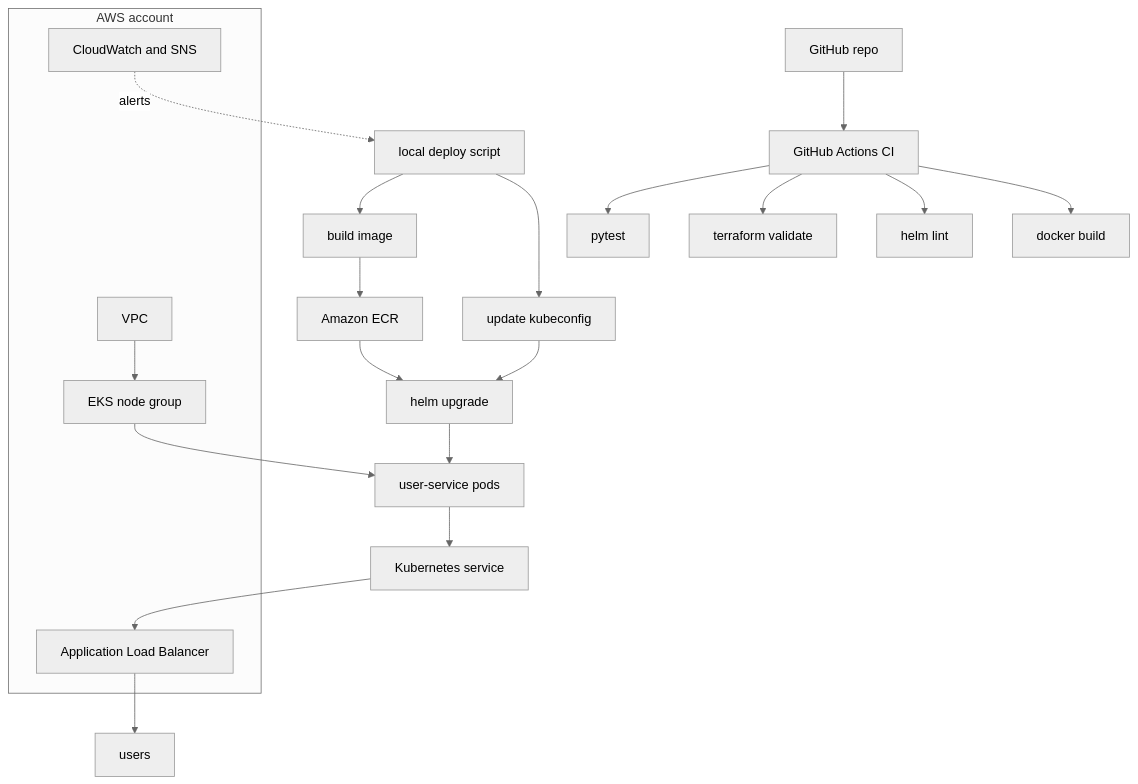
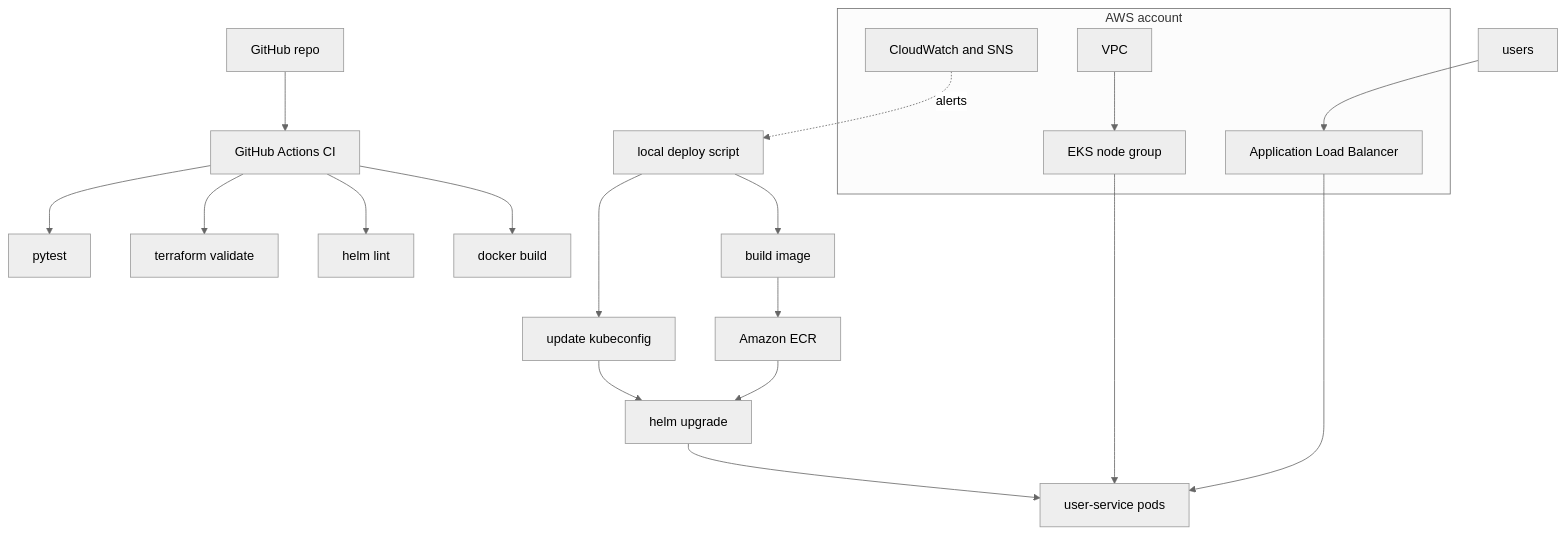
Before and after one commit to sashank1064/sashank1064: the second of 2 diagrams in README.md, drawn with Mermaid (neutral theme).

Commit message:
Fix CI/CD diagram: correct ALB traffic direction, remove incorrect Pods to Service to ALB path

````diff
--- a/README.md
+++ b/README.md
@@ -181,29 +181,28 @@
 ```mermaid
 flowchart TB
     Repo[GitHub repo] --> CI[GitHub Actions CI]
     CI --> Tests[pytest]
     CI --> TFCheck[terraform validate]
     CI --> HelmLint[helm lint]
     CI --> ImageCheck[docker build]
 
     Dev[local deploy script] --> Build[build image]
     Build --> ECR[Amazon ECR]
     Dev --> Kubeconfig[update kubeconfig]
     Kubeconfig --> Helm[helm upgrade]
     ECR --> Helm
 
     subgraph AWS[AWS account]
         VPC[VPC]
         EKS[EKS node group]
         ALB[Application Load Balancer]
         CW[CloudWatch and SNS]
     end
 
     Helm --> Pods[user-service pods]
-    Pods --> Svc[Kubernetes service]
-    Svc --> ALB
     VPC --> EKS
     EKS --> Pods
-    ALB --> Users[users]
+    Users[users] --> ALB
+    ALB --> Pods
     CW -.alerts.-> Dev
 ```
````
